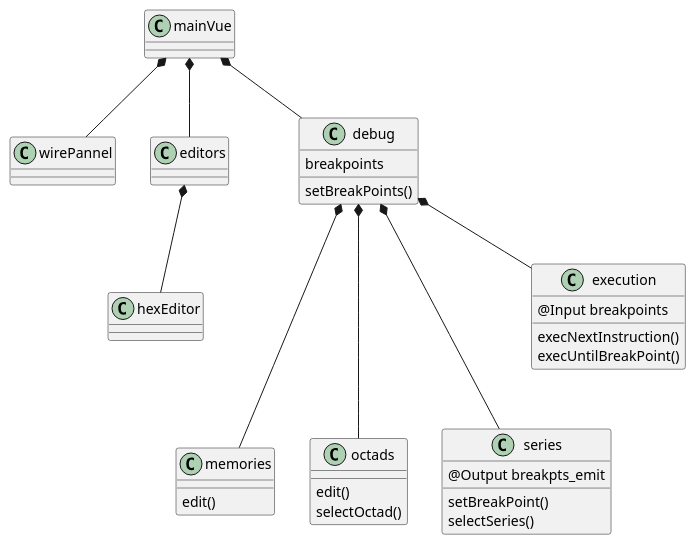
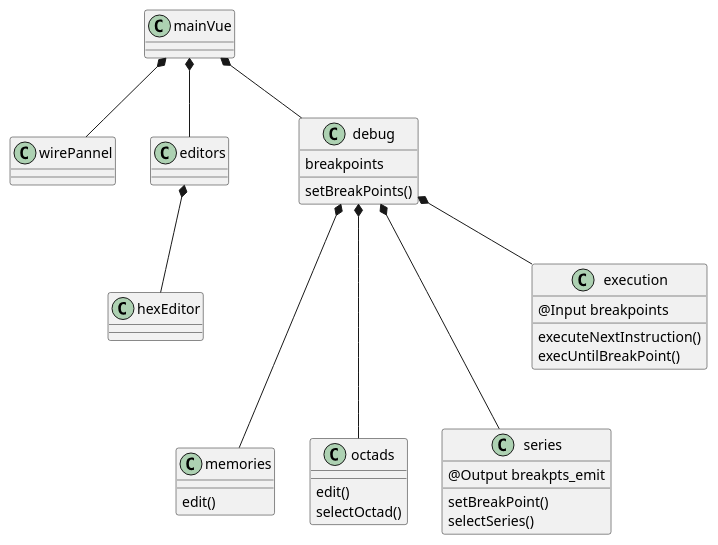
Before and after one commit to lutrampal/bullgammator: the diagram in docs/UI_archi.puml, drawn with PlantUML. The commit also changed 19 other files, not shown here.

```diff
--- a/docs/UI_archi.puml
+++ b/docs/UI_archi.puml
@@ -1,47 +1,47 @@
 @startuml
 class mainVue {
 }
 
 class wirePannel {
 }
 mainVue *-- wirePannel
 
 class editors {
 }
 mainVue *-- editors
 
 class hexEditor {
 }
 editors *-- hexEditor
 
 class debug {
   breakpoints
   setBreakPoints()
 }
 mainVue *-- debug
 
 class memories {
   edit()
 }
 debug *--- memories
 
 class octads {
   edit()
   selectOctad()
 }
 debug *--- octads
 
 class series {
   @Output breakpts_emit
   setBreakPoint()
   selectSeries()
 }
 debug *--- series
 
 class execution {
   @Input breakpoints
-  execNextInstruction()
+  executeNextInstruction()
   execUntilBreakPoint()
 }
 debug *-- execution
 @enduml
```
